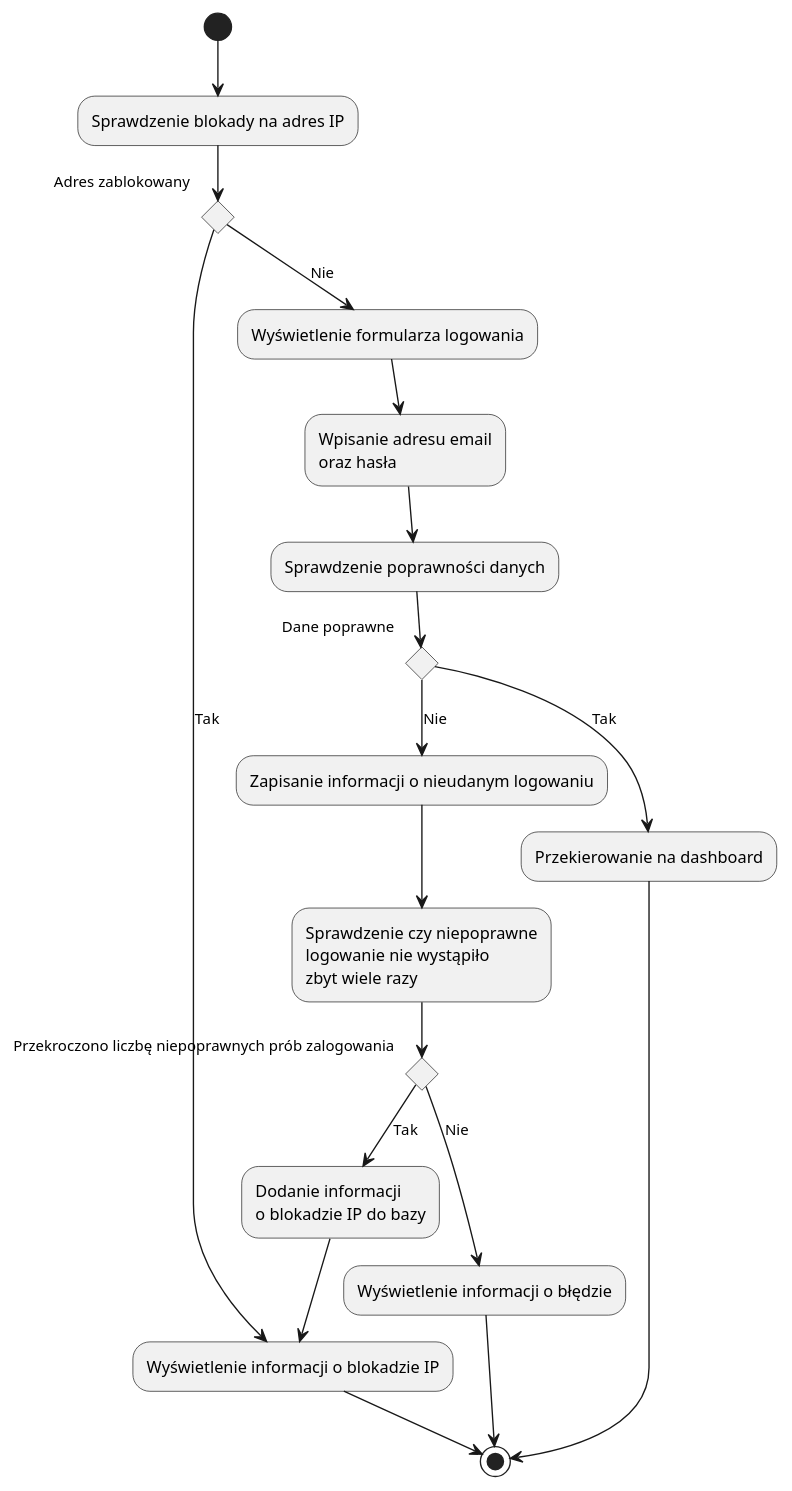
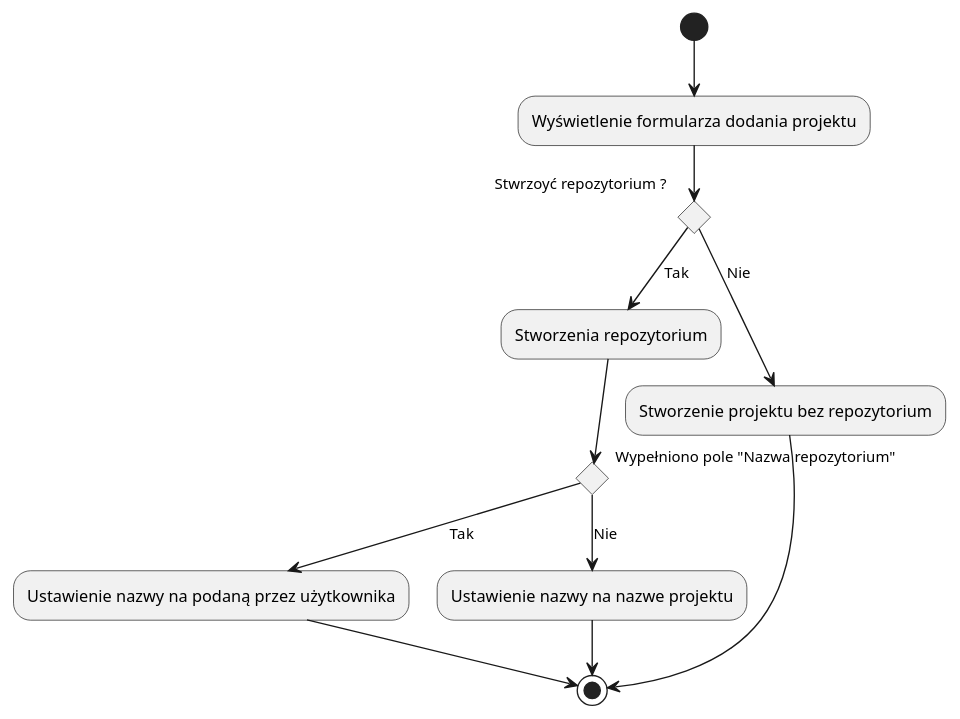
Before and after one commit to BurdalskiBartosz/effective-combine: the second of 2 diagrams in docs/funkcjonalnosci/aplikacja/projekt.md, drawn with PlantUML. The commit also changed other lines of this file and 7 other files, not shown here.

```diff
--- a/docs/funkcjonalnosci/aplikacja/projekt.md
+++ b/docs/funkcjonalnosci/aplikacja/projekt.md
@@ -53,25 +22,17 @@
 @startuml
-(*) --> "Sprawdzenie blokady na adres IP"
-if "Adres zablokowany" then
-    --> [Tak] "Wyświetlenie informacji o blokadzie IP"
+  (*)--> "Wyświetlenie formularza dodania projektu"
+if "Stwrzoyć repozytorium ?" then
+  --> [Tak] Stworzenia repozytorium
+    if Wypełniono pole "Nazwa repozytorium" then
+      --> [Tak] "Ustawienie nazwy na podaną przez użytkownika"
+      --> (*)
+    else
+    --> [Nie] "Ustawienie nazwy na nazwe projektu"
     --> (*)
+    endif
 else
-    --> [Nie] "Wyświetlenie formularza logowania"
+  --> [Nie] Stworzenie projektu bez repozytorium
+  --> (*)
 endif
---> "Wpisanie adresu email\noraz hasła"
---> "Sprawdzenie poprawności danych"
-if "Dane poprawne" then
-    --> [Tak] "Przekierowanie na dashboard"
-    --> (*)
-else
-    --> [Nie] "Zapisanie informacji o nieudanym logowaniu"
-endif
---> "Sprawdzenie czy niepoprawne\nlogowanie nie wystąpiło\nzbyt wiele razy"
-if "Przekroczono liczbę niepoprawnych prób zalogowania" then
-    --> [Tak] "Dodanie informacji\no blokadzie IP do bazy"
-    --> "Wyświetlenie informacji o blokadzie IP"
-else 
-    --> [Nie] "Wyświetlenie informacji o błędzie"
-endif
---> (*)
+
 @enduml
```
